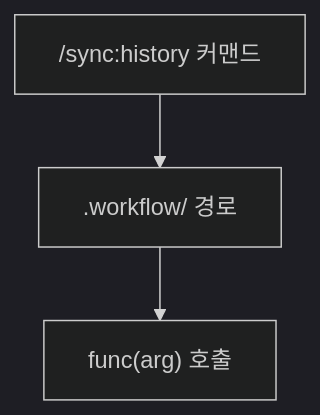
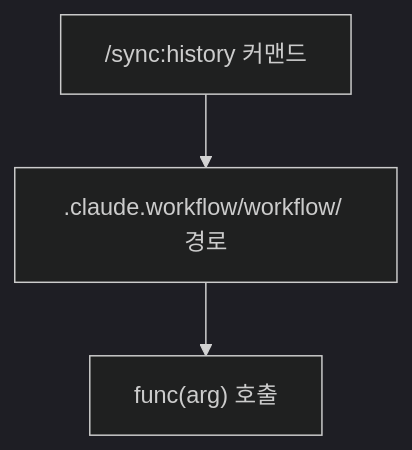
The ninth of 15 diagrams in .claude/skills/design-mermaid-diagrams/SKILL.md (KoreanLeeChangHyun/claude-workflow), drawn with Mermaid (dark theme) before and after one commit. The commit also changed other lines of this file and 174 other files, not shown here.

First line of the commit message:
refactor: .claude/ 인프라를 .claude.workflow/로 마이그레이션

````diff
--- a/.claude/skills/design-mermaid-diagrams/SKILL.md
+++ b/.claude/skills/design-mermaid-diagrams/SKILL.md
@@ -232,5 +232,5 @@
 ```mermaid
 flowchart TD
-    A["#sol;sync:history 커맨드"] --> B[".workflow/ 경로"]
+    A["#sol;sync:history 커맨드"] --> B[".claude.workflow/workflow/ 경로"]
     B --> C["func(arg) 호출"]
 ```
````
